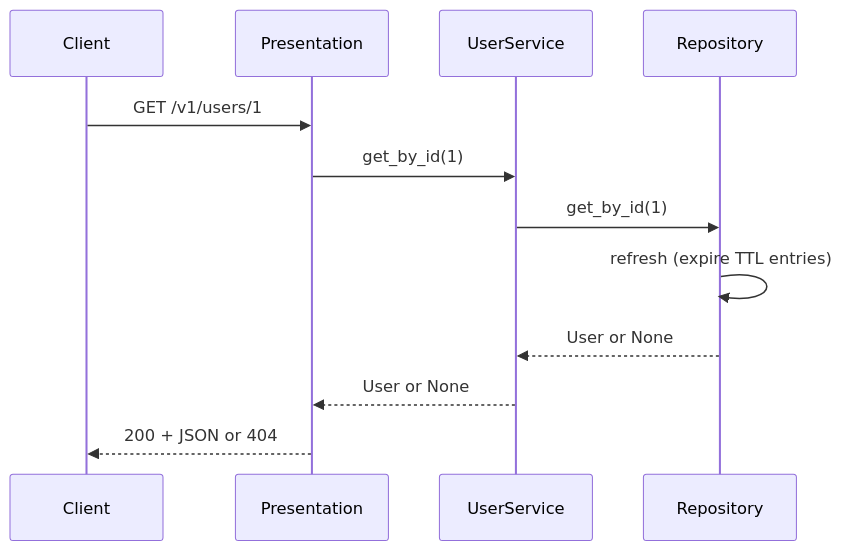
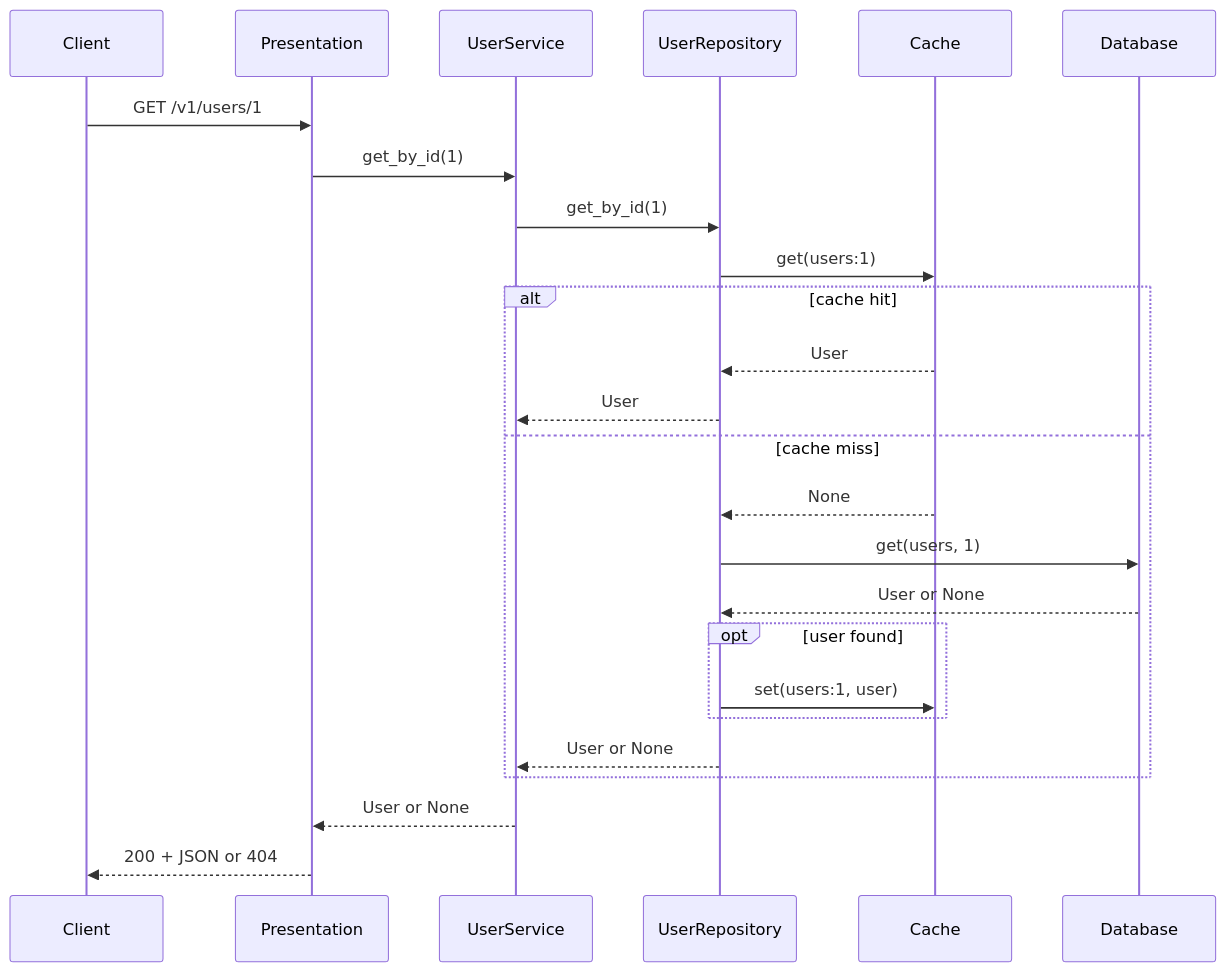
Before and after one commit to luancaius/test-project: the diagram in README.md, drawn with Mermaid. The commit also changed other lines of this file and 3 other files, not shown here.

````diff
--- a/README.md
+++ b/README.md
@@ -44,15 +16,28 @@
 ```mermaid
 sequenceDiagram
     participant C as Client
     participant API as Presentation
     participant SVC as UserService
-    participant Repo as Repository
+    participant Repo as UserRepository
+    participant Cache as Cache
+    participant DB as Database
 
     C->>API: GET /v1/users/1
     API->>SVC: get_by_id(1)
     SVC->>Repo: get_by_id(1)
-    Repo->>Repo: refresh (expire TTL entries)
-    Repo-->>SVC: User or None
+    Repo->>Cache: get(users:1)
+    alt cache hit
+        Cache-->>Repo: User
+        Repo-->>SVC: User
+    else cache miss
+        Cache-->>Repo: None
+        Repo->>DB: get(users, 1)
+        DB-->>Repo: User or None
+        opt user found
+            Repo->>Cache: set(users:1, user)
+        end
+        Repo-->>SVC: User or None
+    end
     SVC-->>API: User or None
     API-->>C: 200 + JSON or 404
 ```
````
